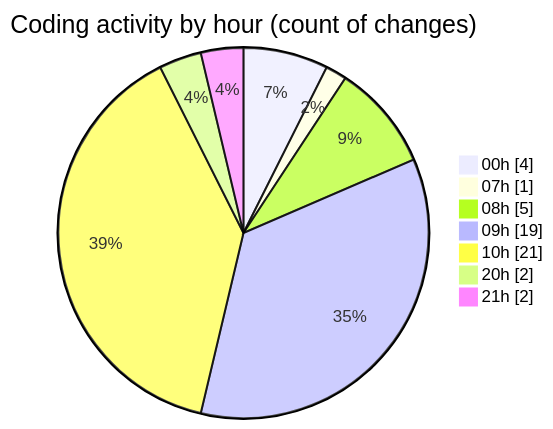
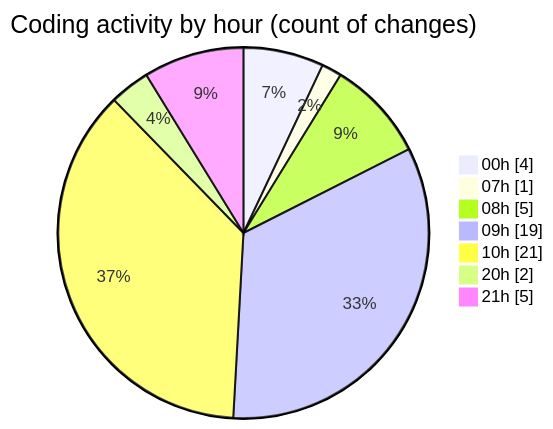
Before and after one commit to Elitesun/code-tracking: the second of 2 diagrams in 2025-05-08/niten/README.md, drawn with Mermaid. The commit also changed other lines of this file and 1 other file, not shown here.

````diff
--- a/2025-05-08/niten/README.md
+++ b/2025-05-08/niten/README.md
@@ -45,11 +47,11 @@
 ```mermaid
 pie showData
 title Coding activity by hour (count of changes)
 "00h" : 4
 "07h" : 1
 "08h" : 5
 "09h" : 19
 "10h" : 21
 "20h" : 2
-"21h" : 2
+"21h" : 5
 ```
````
